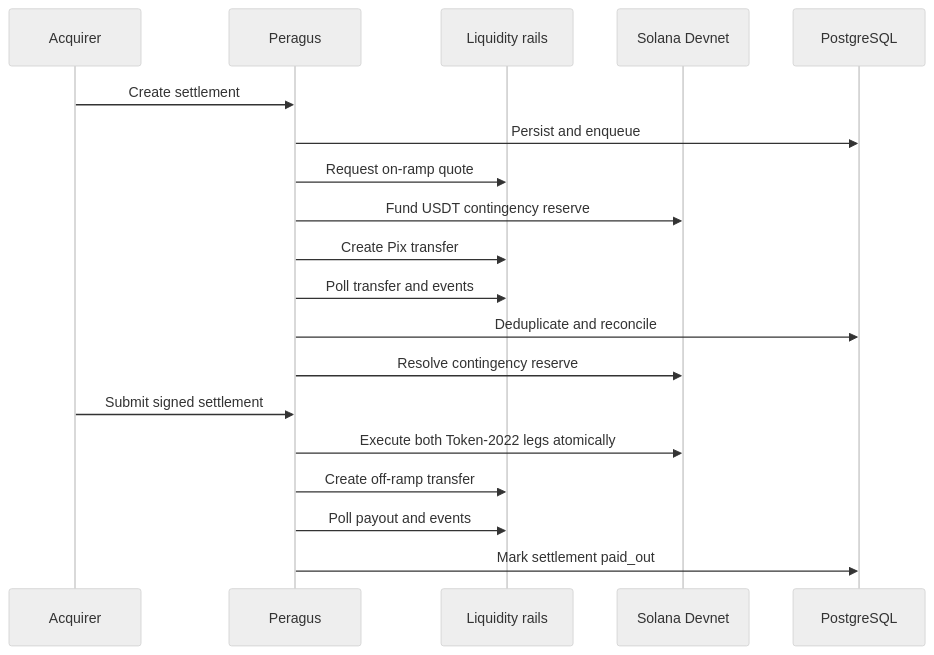
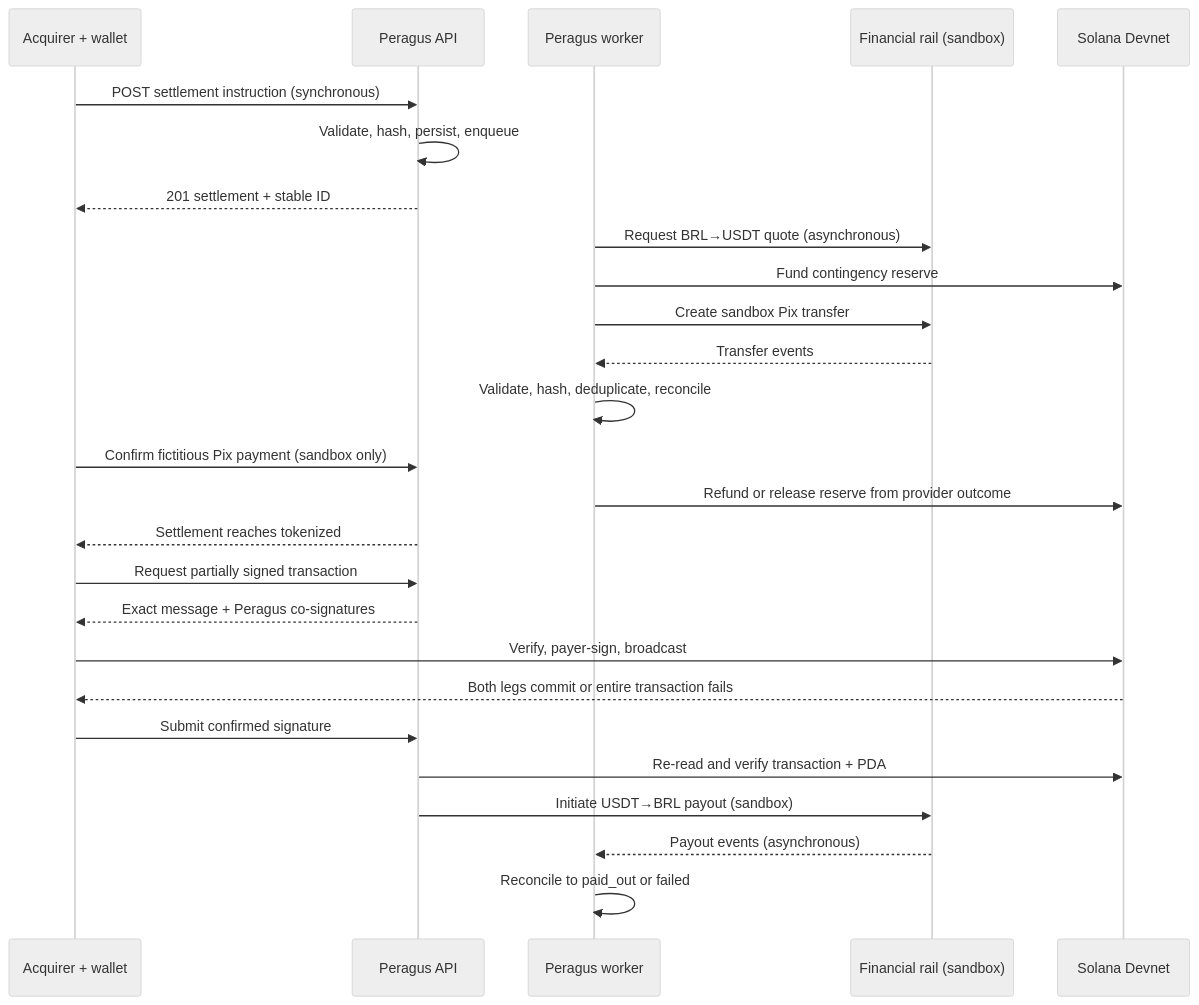
The second of 2 diagrams in README.md (Peragus01/PeragusSVM), drawn with Mermaid (neutral theme) before and after one commit. The commit also changed other lines of this file, not shown here.

Commit message:
docs: document protocol architecture and verification

````diff
--- a/README.md
+++ b/README.md
@@ -79,22 +221,29 @@
 ```mermaid
 sequenceDiagram
-    participant A as Acquirer
-    participant P as Peragus
-    participant L as Liquidity rails
+    participant A as Acquirer + wallet
+    participant P as Peragus API
+    participant W as Peragus worker
+    participant F as Financial rail (sandbox)
     participant S as Solana Devnet
-    participant D as PostgreSQL
 
-    A->>P: Create settlement
-    P->>D: Persist and enqueue
-    P->>L: Request on-ramp quote
-    P->>S: Fund USDT contingency reserve
-    P->>L: Create Pix transfer
-    P->>L: Poll transfer and events
-    P->>D: Deduplicate and reconcile
-    P->>S: Resolve contingency reserve
-    A->>P: Submit signed settlement
-    P->>S: Execute both Token-2022 legs atomically
-    P->>L: Create off-ramp transfer
-    P->>L: Poll payout and events
-    P->>D: Mark settlement paid_out
+    A->>P: POST settlement instruction (synchronous)
+    P->>P: Validate, hash, persist, enqueue
+    P-->>A: 201 settlement + stable ID
+    W->>F: Request BRL→USDT quote (asynchronous)
+    W->>S: Fund contingency reserve
+    W->>F: Create sandbox Pix transfer
+    F-->>W: Transfer events
+    W->>W: Validate, hash, deduplicate, reconcile
+    A->>P: Confirm fictitious Pix payment (sandbox only)
+    W->>S: Refund or release reserve from provider outcome
+    P-->>A: Settlement reaches tokenized
+    A->>P: Request partially signed transaction
+    P-->>A: Exact message + Peragus co-signatures
+    A->>S: Verify, payer-sign, broadcast
+    S-->>A: Both legs commit or entire transaction fails
+    A->>P: Submit confirmed signature
+    P->>S: Re-read and verify transaction + PDA
+    P->>F: Initiate USDT→BRL payout (sandbox)
+    F-->>W: Payout events (asynchronous)
+    W->>W: Reconcile to paid_out or failed
 ```
````
